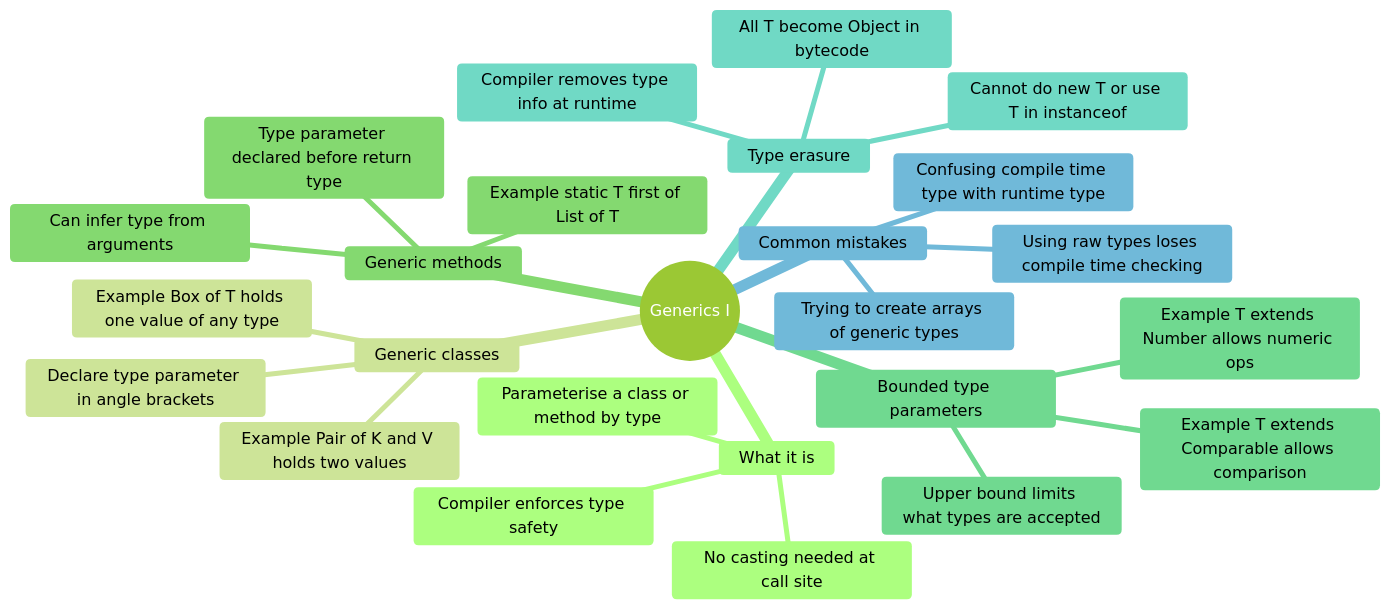
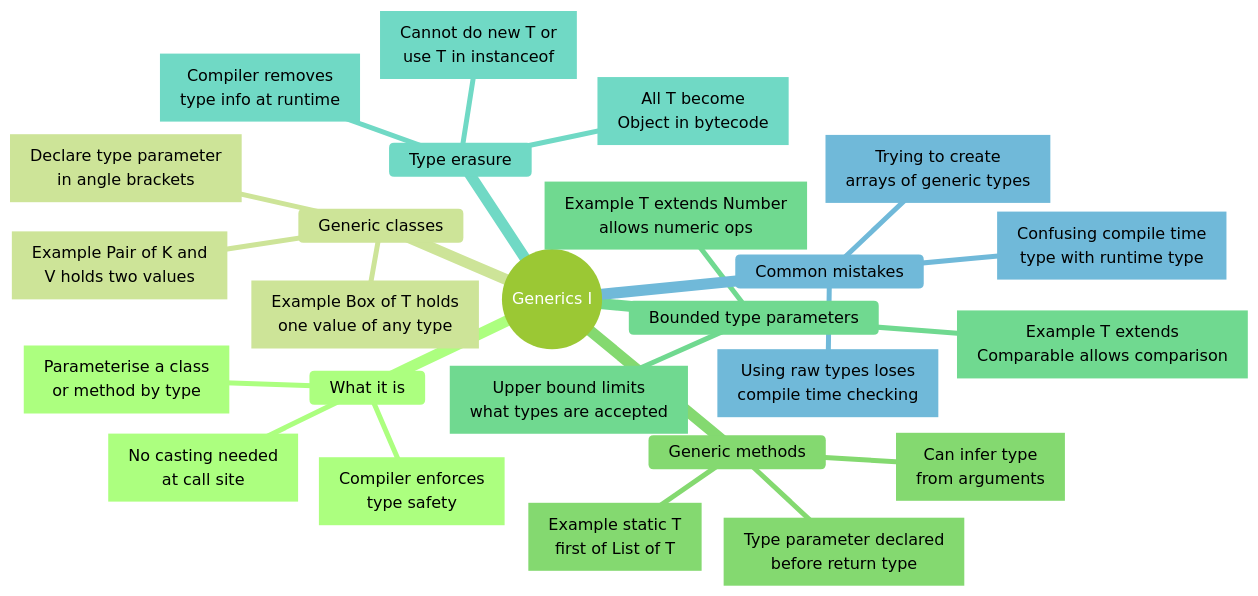
One commit to nmcguinness/L8-OOP-Module-Content changed the second of 13 diagrams in notes/shared/mind maps/revision_t10_t22.md. Above: the diagram before and after it, drawn with Mermaid. The commit also changed other lines of this file and 421 other files, not shown here.

Commit message:
Updated mermaid diagrams and note layout for topics 9-24.

````diff
--- a/notes/shared/mind maps/revision_t10_t22.md
+++ b/notes/shared/mind maps/revision_t10_t22.md
@@ -203,38 +237,56 @@
 ```mermaid
 ---
 title: "Generics I"
 accDescr: "Mind map of Generics I. Branches: What it is; Generic classes; Generic methods; Bounded type parameters; Type erasure; Common mistakes."
 ---
-%%{init: { "theme": "forest" }}%%
+%%{init: { "theme": "forest", "markdownAutoWrap": false, "mindmap": { "maxNodeWidth": 300 } }}%%
 mindmap
   root((Generics I))
     What it is
-      Parameterise a class or method by type
-      Compiler enforces type safety
-      No casting needed at call site
+      n1["`Parameterise a class
+      or method by type`"]
+      n2["`Compiler enforces
+      type safety`"]
+      n3["`No casting needed
+      at call site`"]
 
     Generic classes
-      Declare type parameter in angle brackets
-      Example Box of T holds one value of any type
-      Example Pair of K and V holds two values
+      n4["`Declare type parameter
+      in angle brackets`"]
+      n5["`Example Box of T holds
+      one value of any type`"]
+      n6["`Example Pair of K and
+      V holds two values`"]
 
     Generic methods
-      Type parameter declared before return type
-      Can infer type from arguments
-      Example static T first of List of T
+      n7["`Type parameter declared
+      before return type`"]
+      n8["`Can infer type
+      from arguments`"]
+      n9["`Example static T
+      first of List of T`"]
 
     Bounded type parameters
-      Upper bound limits what types are accepted
-      Example T extends Comparable allows comparison
-      Example T extends Number allows numeric ops
+      n10["`Upper bound limits
+      what types are accepted`"]
+      n11["`Example T extends
+      Comparable allows comparison`"]
+      n12["`Example T extends Number
+      allows numeric ops`"]
 
     Type erasure
-      Compiler removes type info at runtime
-      All T become Object in bytecode
-      Cannot do new T or use T in instanceof
+      n13["`Compiler removes
+      type info at runtime`"]
+      n14["`All T become
+      Object in bytecode`"]
+      n15["`Cannot do new T or
+      use T in instanceof`"]
 
     Common mistakes
-      Using raw types loses compile time checking
-      Trying to create arrays of generic types
-      Confusing compile time type with runtime type
+      n16["`Using raw types loses
+      compile time checking`"]
+      n17["`Trying to create
+      arrays of generic types`"]
+      n18["`Confusing compile time
+      type with runtime type`"]
 ```
````
